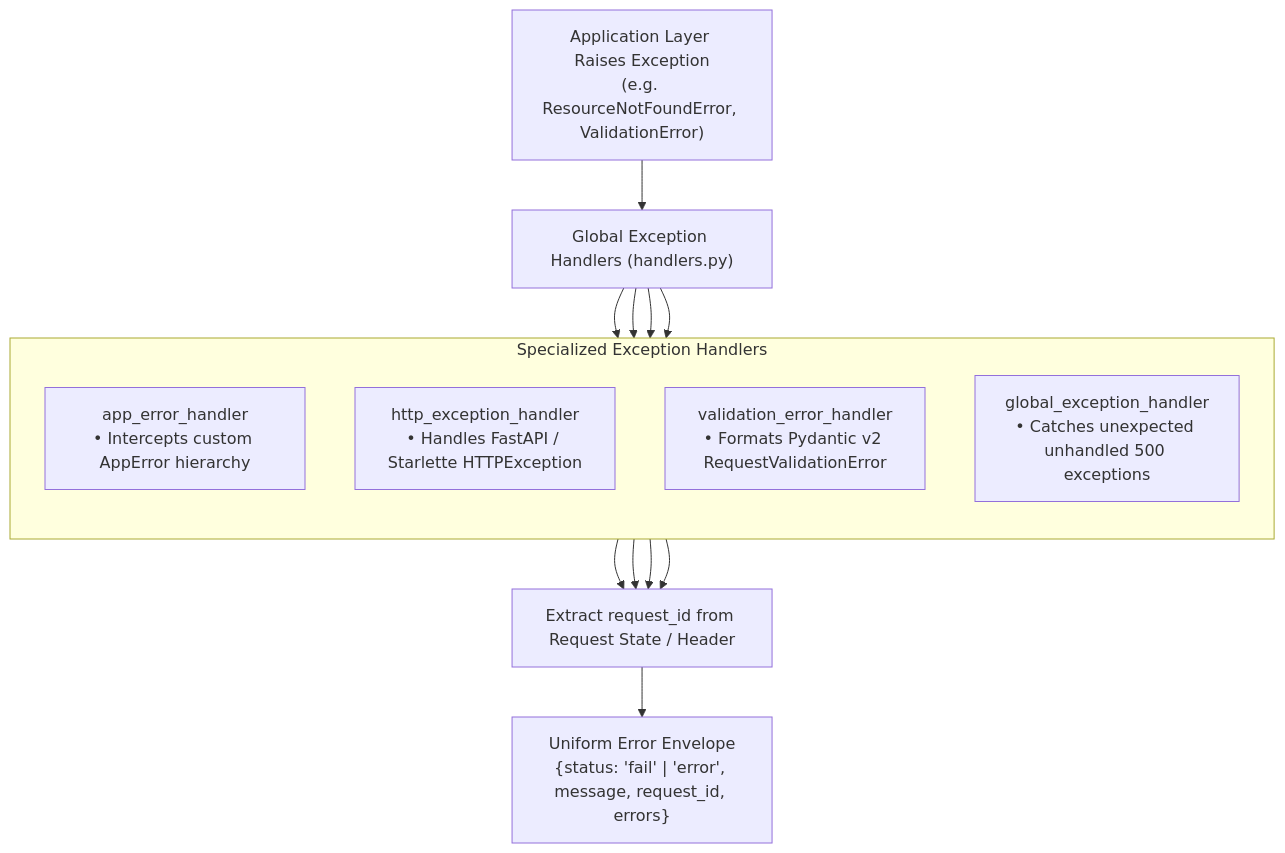
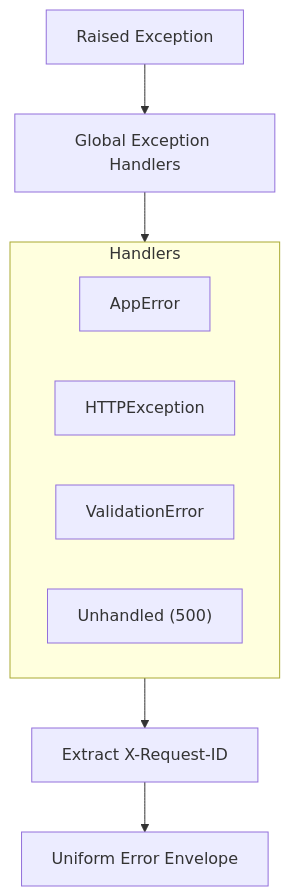
One commit to nakul-cloud/Intelligent_Student_Support_Agent changed the diagram in Intelligent_Student_Support_Agent/app/exceptions/README.md. Above: the diagram before and after it, drawn with Mermaid. The commit also changed 28 other files, not shown here.

````diff
--- a/Intelligent_Student_Support_Agent/app/exceptions/README.md
+++ b/Intelligent_Student_Support_Agent/app/exceptions/README.md
@@ -9,24 +9,16 @@
 ```mermaid
 flowchart TD
-    Exc["Application Layer Raises Exception<br/>(e.g. ResourceNotFoundError, ValidationError)"] --> Handlers["Global Exception Handlers (handlers.py)"]
+    Exc["Raised Exception"] --> Handlers["Global Exception Handlers"]
 
-    subgraph HandlerTypes["Specialized Exception Handlers"]
-        direction TB
-        AppErr["app_error_handler<br/>• Intercepts custom AppError hierarchy"]
-        HTTPExc["http_exception_handler<br/>• Handles FastAPI / Starlette HTTPException"]
-        ValErr["validation_error_handler<br/>• Formats Pydantic v2 RequestValidationError"]
-        GlobErr["global_exception_handler<br/>• Catches unexpected unhandled 500 exceptions"]
+    subgraph HandlerTypes["Handlers"]
+        direction LR
+        AppErr["AppError"]
+        HTTPExc["HTTPException"]
+        ValErr["ValidationError"]
+        GlobErr["Unhandled (500)"]
     end
 
-    Handlers --> AppErr
-    Handlers --> HTTPExc
-    Handlers --> ValErr
-    Handlers --> GlobErr
-
-    AppErr --> Format["Extract request_id from Request State / Header"]
-    HTTPExc --> Format
-    ValErr --> Format
-    GlobErr --> Format
-
-    Format --> Envelope["Uniform Error Envelope<br/>{status: 'fail' | 'error', message, request_id, errors}"]
+    Handlers --> HandlerTypes
+    HandlerTypes --> Format["Extract X-Request-ID"]
+    Format --> Envelope["Uniform Error Envelope"]
 ```
````
